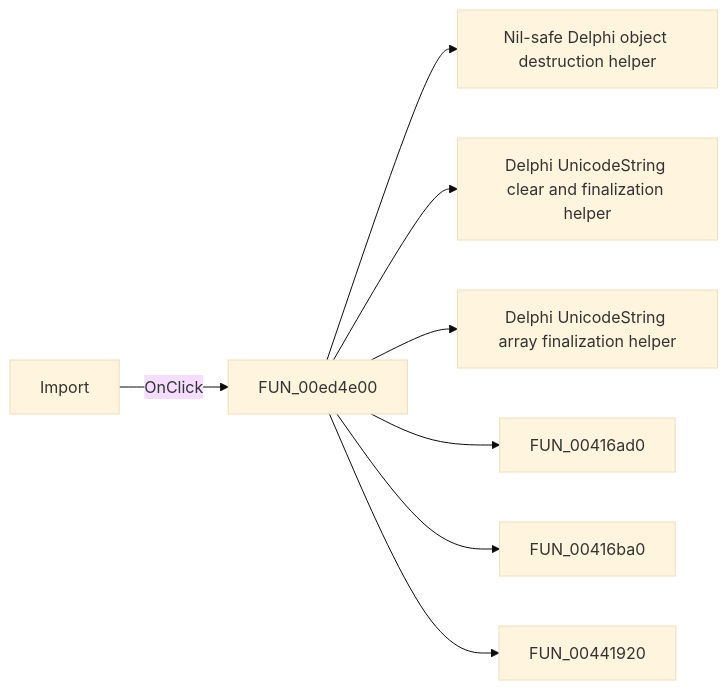
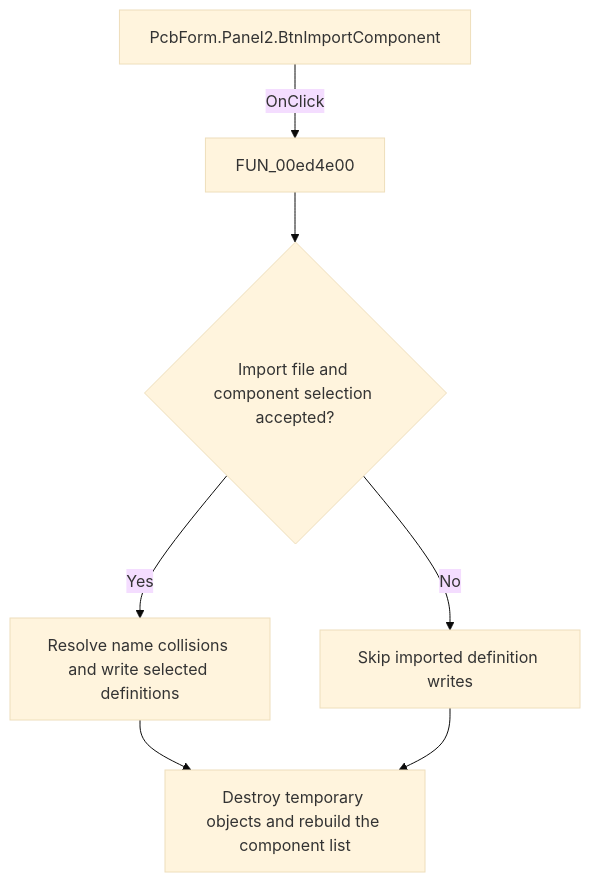
Before and after one commit to MovGP0/TIARA: the diagram in docs/ui-controls/pcbform/btnimportcomponent-4e164e1df0.md, drawn with Mermaid (base theme). The commit also changed other lines of this file and 1062 other files, not shown here.

````diff
--- a/docs/ui-controls/pcbform/btnimportcomponent-4e164e1df0.md
+++ b/docs/ui-controls/pcbform/btnimportcomponent-4e164e1df0.md
@@ -27,10 +29,9 @@
 ```mermaid
-flowchart LR
-    control["Import"] -->|OnClick| handler["FUN_00ed4e00"]
-    handler --> call1["Nil-safe Delphi object destruction helper"]
-    handler --> call2["Delphi UnicodeString clear and finalization helper"]
-    handler --> call3["Delphi UnicodeString array finalization helper"]
-    handler --> call4["FUN_00416ad0"]
-    handler --> call5["FUN_00416ba0"]
-    handler --> call6["FUN_00441920"]
+flowchart TD
+    control["PcbForm.Panel2.BtnImportComponent"] -->|OnClick| handler["FUN_00ed4e00"]
+    handler --> decision{"Import file and component selection accepted?"}
+    decision -->|Yes| action["Resolve name collisions and write selected definitions"]
+    decision -->|No| noop["Skip imported definition writes"]
+    action --> outcome["Destroy temporary objects and rebuild the component list"]
+    noop --> outcome
 ```
````
